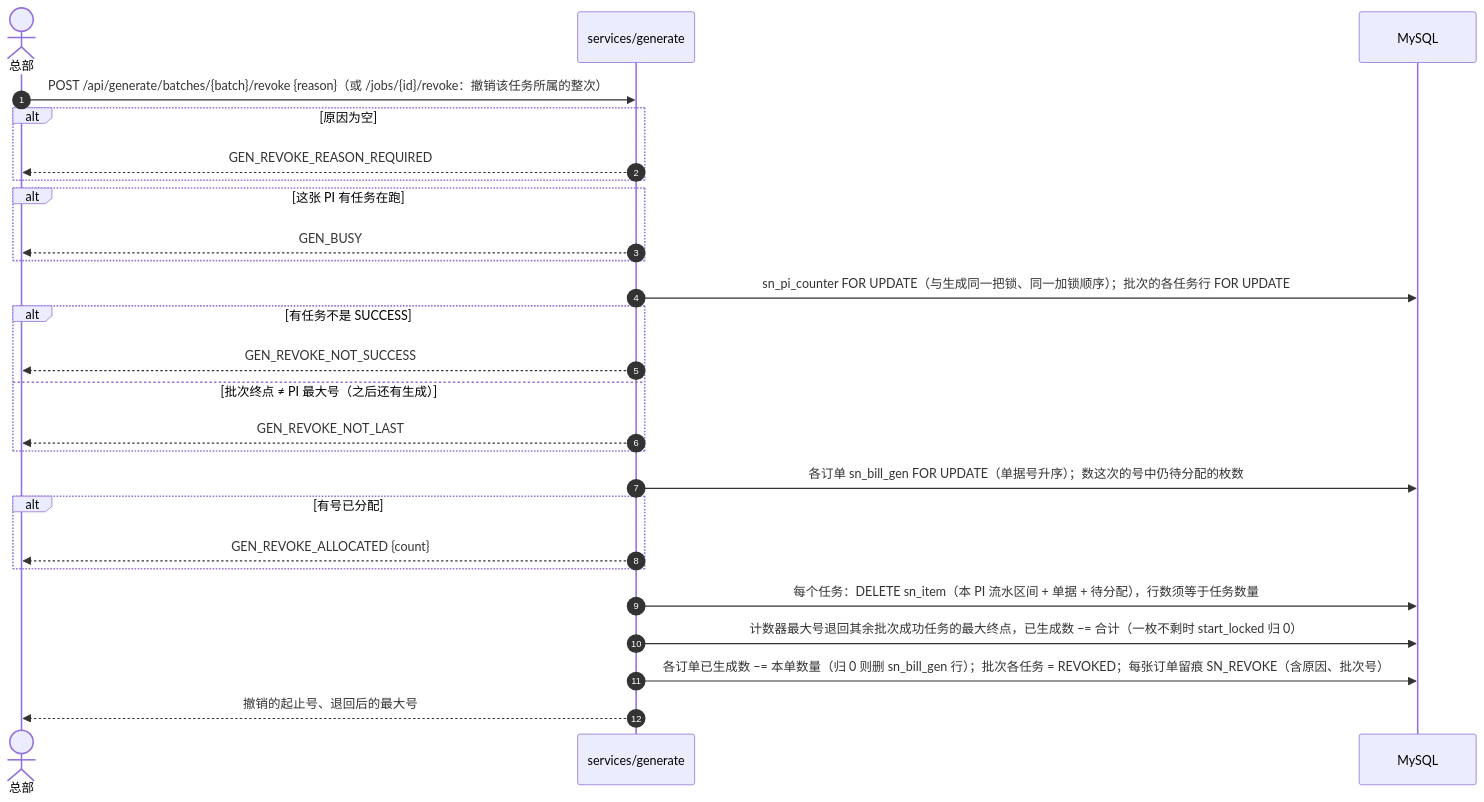
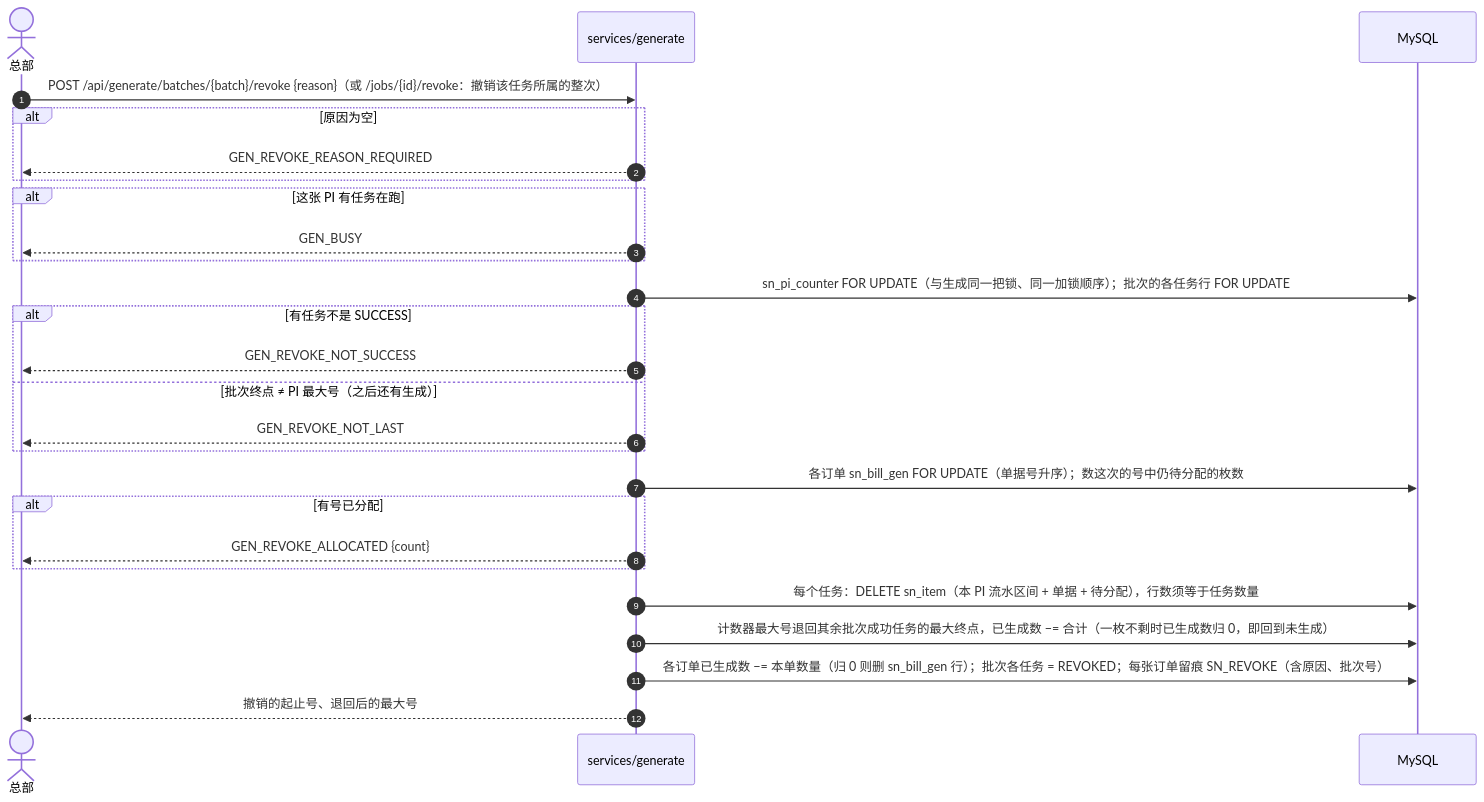
The ninth of 13 diagrams in docs/技术文档.md (Createsnow/sn-center), drawn with Mermaid before and after one commit. The commit also changed other lines of this file and 28 other files, not shown here.

````diff
--- a/docs/技术文档.md
+++ b/docs/技术文档.md
@@ -330,28 +330,28 @@
 ```mermaid
 sequenceDiagram
     autonumber
     actor H as 总部
     participant G as services/generate
     participant DB as MySQL
     H->>G: POST /api/generate/batches/{batch}/revoke {reason}（或 /jobs/{id}/revoke：撤销该任务所属的整次）
     alt 原因为空
         G-->>H: GEN_REVOKE_REASON_REQUIRED
     end
     alt 这张 PI 有任务在跑
         G-->>H: GEN_BUSY
     end
     G->>DB: sn_pi_counter FOR UPDATE（与生成同一把锁、同一加锁顺序）；批次的各任务行 FOR UPDATE
     alt 有任务不是 SUCCESS
         G-->>H: GEN_REVOKE_NOT_SUCCESS
     else 批次终点 ≠ PI 最大号（之后还有生成）
         G-->>H: GEN_REVOKE_NOT_LAST
     end
     G->>DB: 各订单 sn_bill_gen FOR UPDATE（单据号升序）；数这次的号中仍待分配的枚数
     alt 有号已分配
         G-->>H: GEN_REVOKE_ALLOCATED {count}
     end
     G->>DB: 每个任务：DELETE sn_item（本 PI 流水区间 + 单据 + 待分配），行数须等于任务数量
-    G->>DB: 计数器最大号退回其余批次成功任务的最大终点，已生成数 −= 合计（一枚不剩时 start_locked 归 0）
+    G->>DB: 计数器最大号退回其余批次成功任务的最大终点，已生成数 −= 合计（一枚不剩时已生成数归 0，即回到未生成）
     G->>DB: 各订单已生成数 −= 本单数量（归 0 则删 sn_bill_gen 行）；批次各任务 = REVOKED；每张订单留痕 SN_REVOKE（含原因、批次号）
     G-->>H: 撤销的起止号、退回后的最大号
 ```
````
